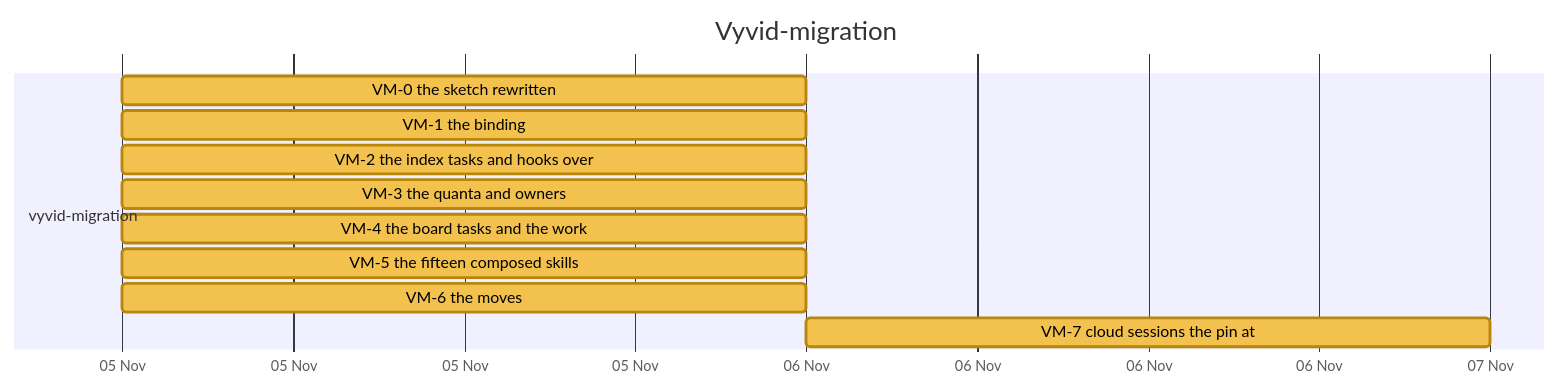
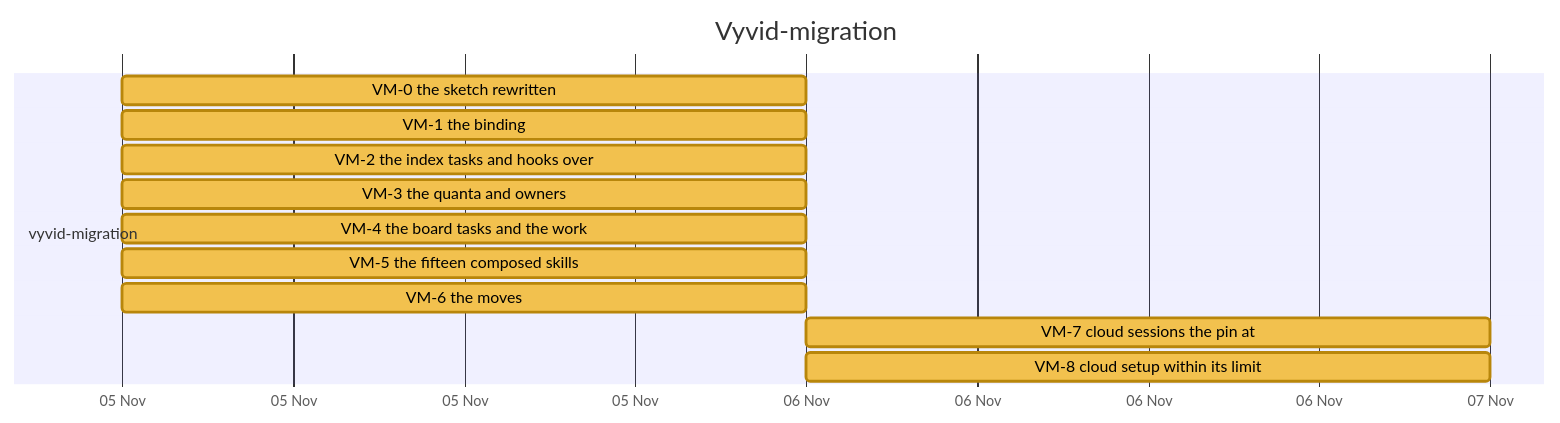
Diagram 14 of 26 in docs/developer/ROADMAP.md (nebularis/lattice), drawn with Mermaid before and after one commit. The commit also changed other lines of this file and 11 other files, not shown here.

First line of the commit message:
[vyvid] VM-8: cloud setup stays within its limit, with the index first

````diff
--- a/docs/developer/ROADMAP.md
+++ b/docs/developer/ROADMAP.md
@@ -416,16 +416,17 @@
 ```mermaid
 %%{init: {"themeVariables": {"taskBkgColor": "#f2c14e", "taskBorderColor": "#b8860b", "taskTextColor": "#000000", "activeTaskBkgColor": "#4e9af1", "activeTaskBorderColor": "#1f5fbf", "activeTaskBorderColor": "#1f5fbf", "doneTaskBkgColor": "#8fcf8f", "doneTaskBorderColor": "#2f7d32", "critBkgColor": "#f28b82", "critBorderColor": "#b23a30", "taskTextDarkColor": "#000000", "taskTextLightColor": "#000000"}}}%%
 gantt
     title Vyvid-migration
     dateFormat YYYY-MM-DD
     axisFormat %d %b
     section vyvid-migration
     VM-0 the sketch rewritten :vm0, 2026-11-05, 2026-11-06
     VM-1 the binding :vm1, 2026-11-05, 2026-11-06
     VM-2 the index tasks and hooks over :vm2, 2026-11-05, 2026-11-06
     VM-3 the quanta and owners :vm3, 2026-11-05, 2026-11-06
     VM-4 the board tasks and the work :vm4, 2026-11-05, 2026-11-06
     VM-5 the fifteen composed skills :vm5, 2026-11-05, 2026-11-06
     VM-6 the moves :vm6, 2026-11-05, 2026-11-06
     VM-7 cloud sessions the pin at :vm7, 2026-11-06, 2026-11-07
+    VM-8 cloud setup within its limit :vm8, 2026-11-06, 2026-11-07
 ```
````
